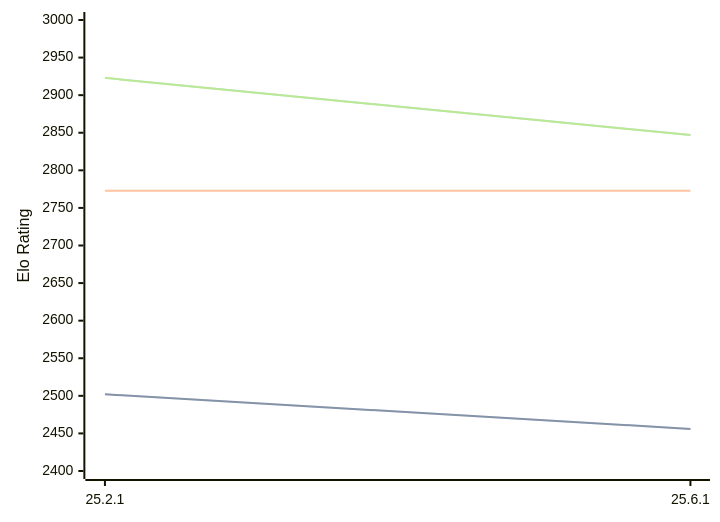
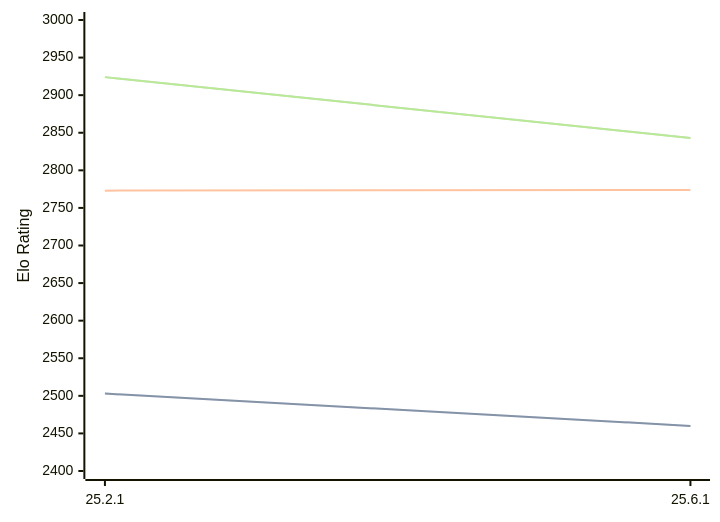
One commit to computer-chess-index/cci changed the third of 3 diagrams in engines/Crafty.md. Above: the diagram before and after it, drawn with Mermaid. The commit also changed other lines of this file, not shown here.

Commit message:
Update CCI Ratings (ELO VLTC) - 2026-07-13

````diff
--- a/engines/Crafty.md
+++ b/engines/Crafty.md
@@ -65,11 +65,11 @@
 ```mermaid
 %%{init: {"theme":"base","themeVariables":{"seriesColors:['#a3a3a3','#222221','#faa371']}}}%%
 xychart-beta
   x-axis ["25.2.1", "25.6.1"]
   y-axis "Elo Rating" 2400 --> 3000
-  line "STC (8.0+0.08s)" [2502, 2456]
-  line "STC (8.0+0.08s)" [2502, 2456]
-  line "LTC (60.0+0.60s)" [2773, 2773]
-  line "VLTC (2m24s+1.12s)" [2923, 2847]
-  line "VLTC (2m24s+1.12s)" [2923, 2847]
+  line "STC (8.0+0.08s)" [2503, 2460]
+  line "STC (8.0+0.08s)" [2503, 2460]
+  line "LTC (60.0+0.60s)" [2773, 2774]
+  line "VLTC (2m24s+1.12s)" [2924, 2843]
+  line "VLTC (2m24s+1.12s)" [2924, 2843]
 ```
````
